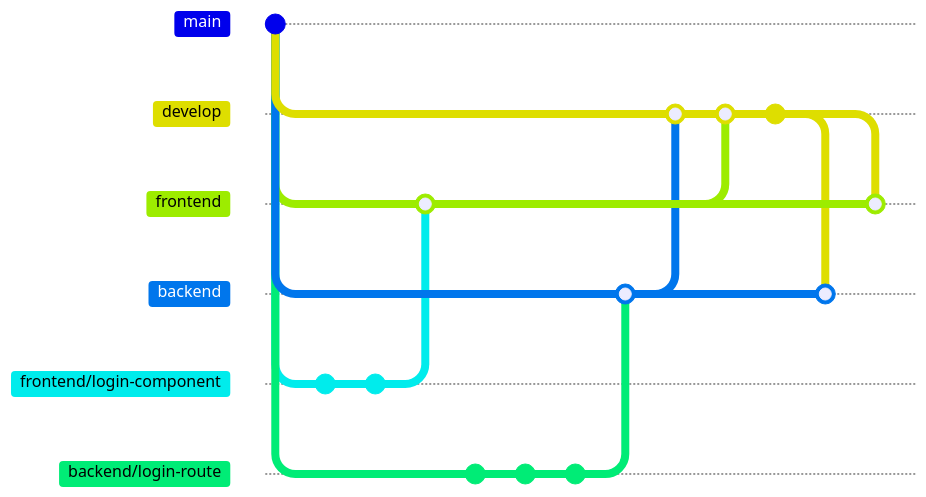
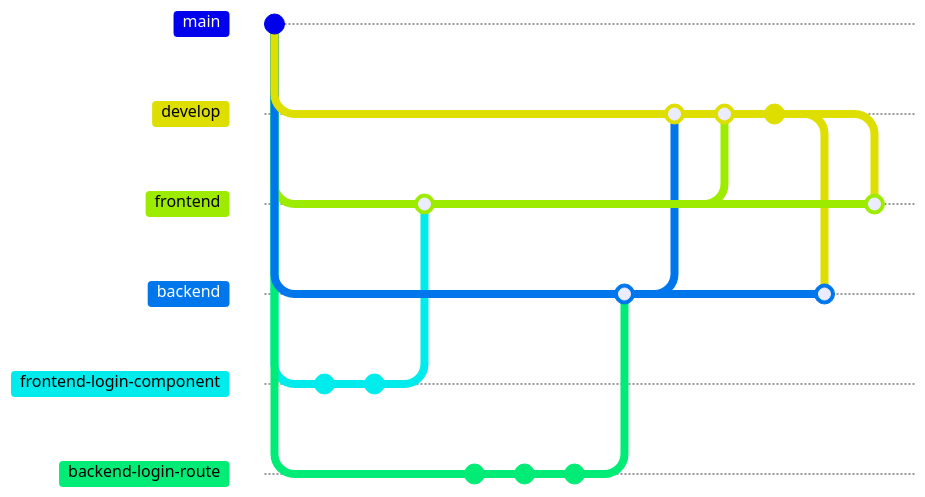
One commit to HTL-Steyr/Schulbuchaktion changed the diagram in README.md. Above: the diagram before and after it, drawn with Mermaid. Commit ids are hidden.

Commit message:
[TASK] update Readme.md (00:01h)

````diff
--- a/README.md
+++ b/README.md
@@ -46,31 +46,31 @@
         ```mermaid
             gitGraph
                 commit
                 branch develop
                 checkout develop
                 branch frontend
                 branch backend
                 checkout frontend
-                branch frontend/login-component
-                checkout frontend/login-component
+                branch frontend-login-component
+                checkout frontend-login-component
                 commit
                 commit
                 checkout frontend
-                merge frontend/login-component
+                merge frontend-login-component
                 checkout backend
-                branch backend/login-route
-                checkout backend/login-route
+                branch backend-login-route
+                checkout backend-login-route
                 commit
                 commit
                 commit
                 checkout backend
-                merge backend/login-route
+                merge backend-login-route
                 checkout develop
                 merge backend
                 merge frontend
                 commit
                 checkout backend
                 merge develop
                 checkout frontend
                 merge develop
         ```
````
